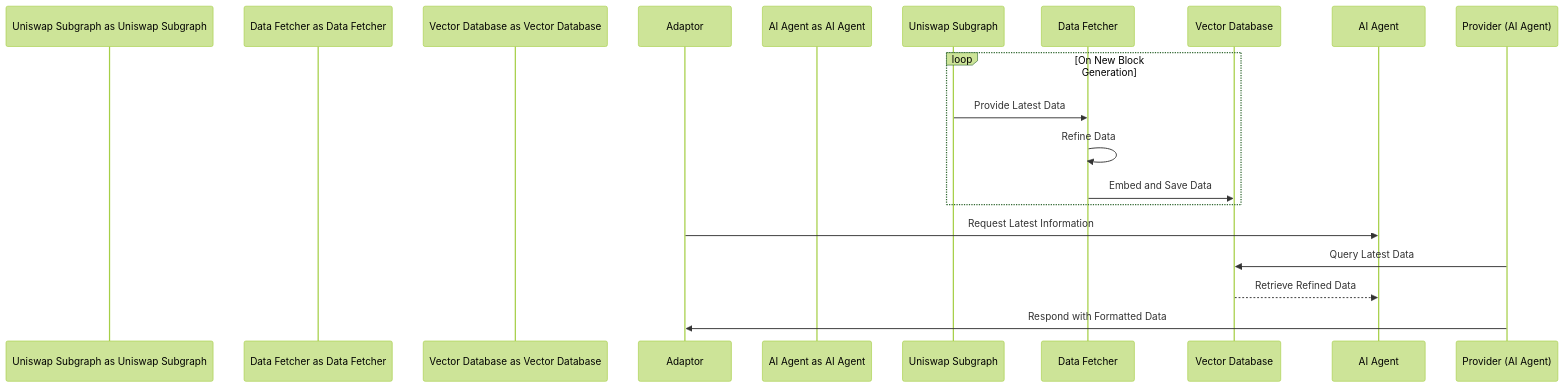
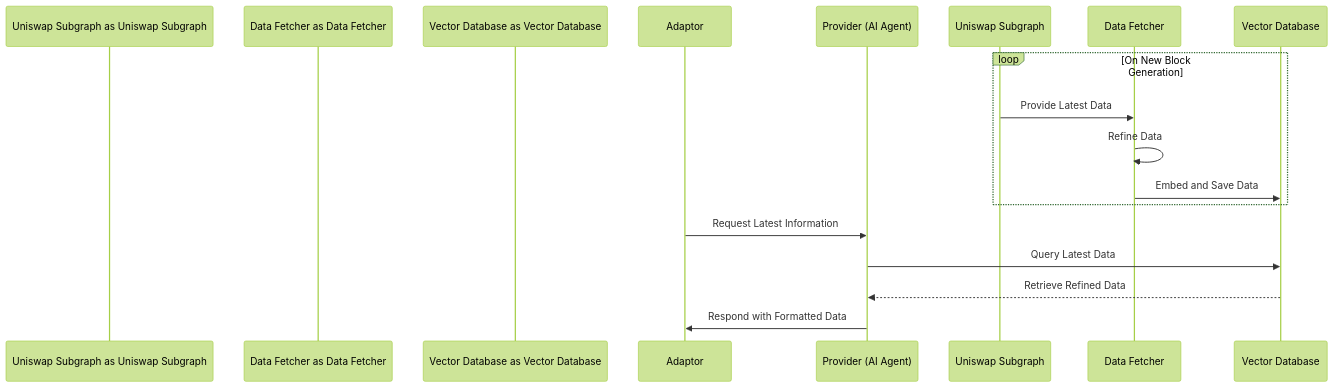
One commit to nghiangovan/smart-farming-adcs-rivalz changed the diagram in providers/README.md. Above: the diagram before and after it, drawn with Mermaid (forest theme).

````diff
--- a/providers/README.md
+++ b/providers/README.md
@@ -19,19 +19,19 @@
 ```mermaid
 sequenceDiagram
 participant Uniswap Subgraph as Uniswap Subgraph
 participant Data Fetcher as Data Fetcher
 participant Vector Database as Vector Database
 participant Adaptor as Adaptor
-participant AI Agent as AI Agent
+participant Provider as Provider (AI Agent)
 
     loop On New Block Generation
         Uniswap Subgraph->>Data Fetcher: Provide Latest Data
         Data Fetcher->>Data Fetcher: Refine Data
         Data Fetcher->>Vector Database: Embed and Save Data
     end
 
-    Adaptor->>AI Agent: Request Latest Information
-    Provider (AI Agent)->>Vector Database: Query Latest Data
-    Vector Database-->>AI Agent: Retrieve Refined Data
-    Provider (AI Agent)->>Adaptor: Respond with Formatted Data
+    Adaptor->>Provider: Request Latest Information
+    Provider->>Vector Database: Query Latest Data
+    Vector Database-->>Provider: Retrieve Refined Data
+    Provider->>Adaptor: Respond with Formatted Data
 ```
````
